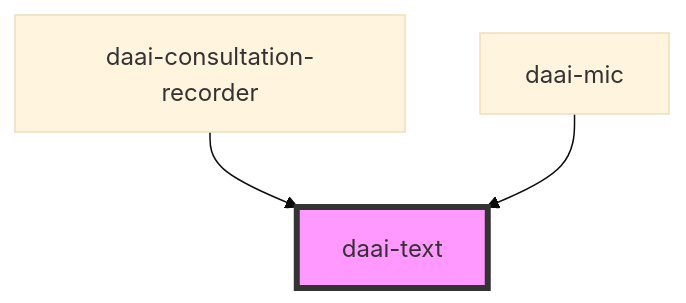
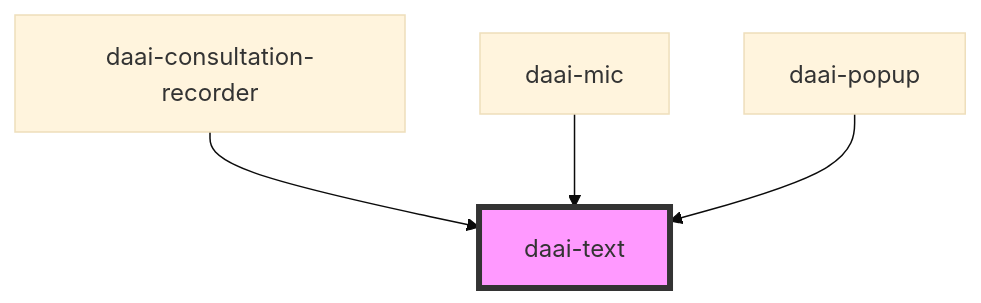
Before and after one commit to doctor-assistant/web-components: the diagram in src/components/atoms/text/readme.md, drawn with Mermaid (base theme). The commit also changed other lines of this file and 23 other files, not shown here.

````diff
--- a/src/components/atoms/text/readme.md
+++ b/src/components/atoms/text/readme.md
@@ -24,6 +25,7 @@
 ```mermaid
 graph TD;
   daai-consultation-recorder --> daai-text
   daai-mic --> daai-text
+  daai-popup --> daai-text
   style daai-text fill:#f9f,stroke:#333,stroke-width:4px
 ```
````
